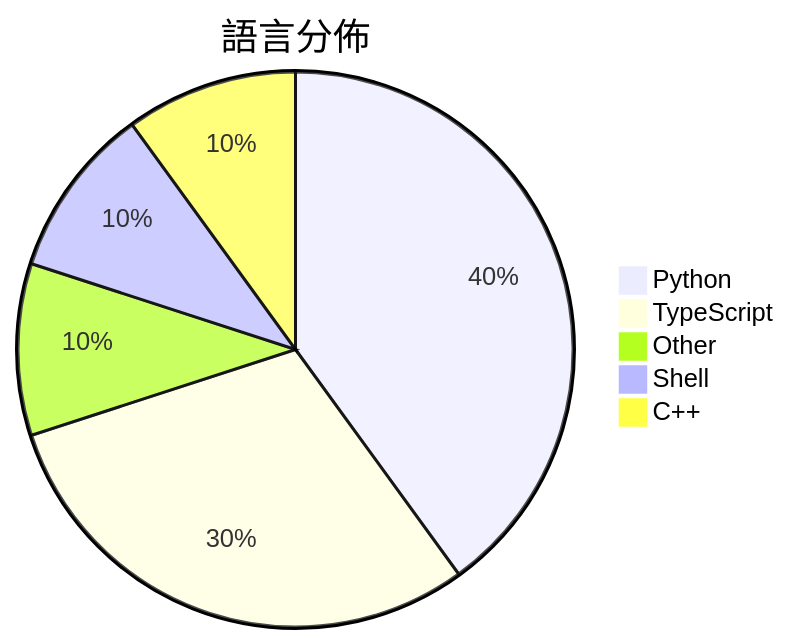
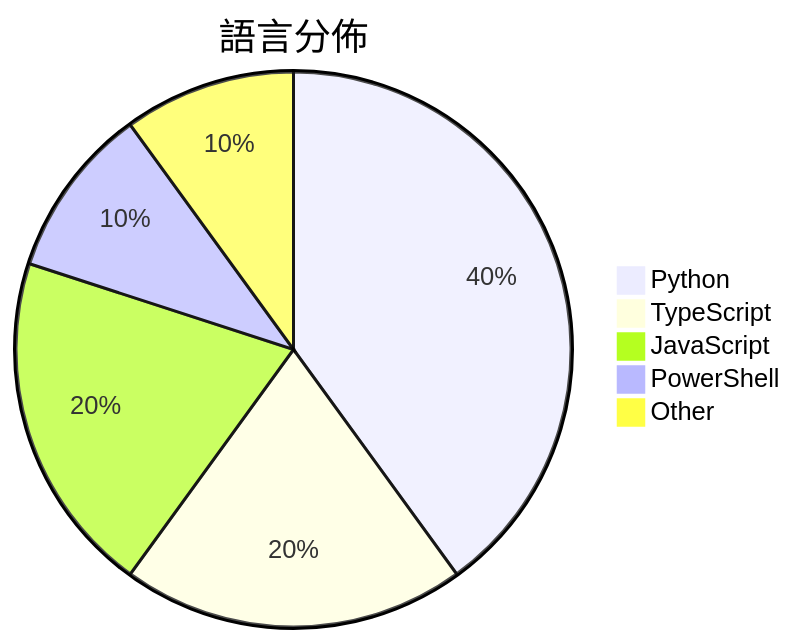
Before and after one commit to Lucasnocodo/github-trending-obsidian: the diagram in Daily/2026-03-10.md, drawn with Mermaid. The commit also changed other lines of this file and 11 other files, not shown here.

````diff
--- a/Daily/2026-03-10.md
+++ b/Daily/2026-03-10.md
@@ -20,8 +20,8 @@
 ```mermaid
 pie title 語言分佈
     "Python" : 4
-    "TypeScript" : 3
+    "TypeScript" : 2
+    "JavaScript" : 2
+    "PowerShell" : 1
     "Other" : 1
-    "Shell" : 1
-    "C++" : 1
 ```
````
